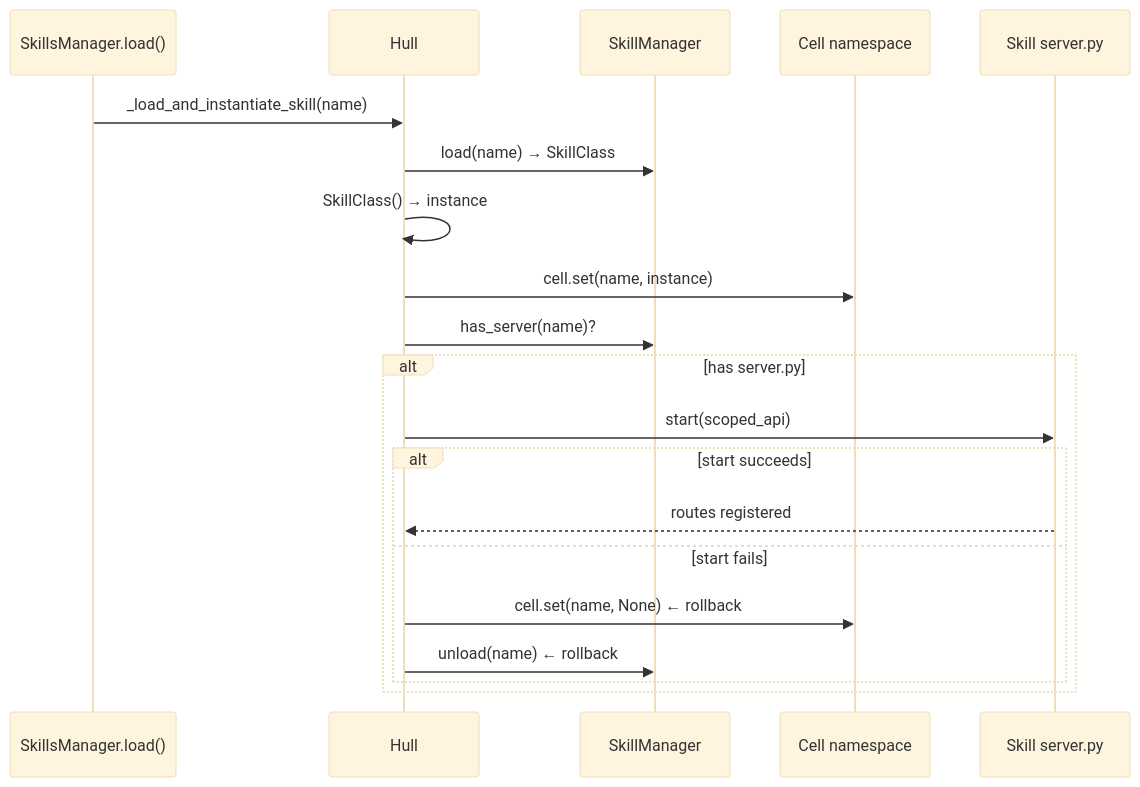
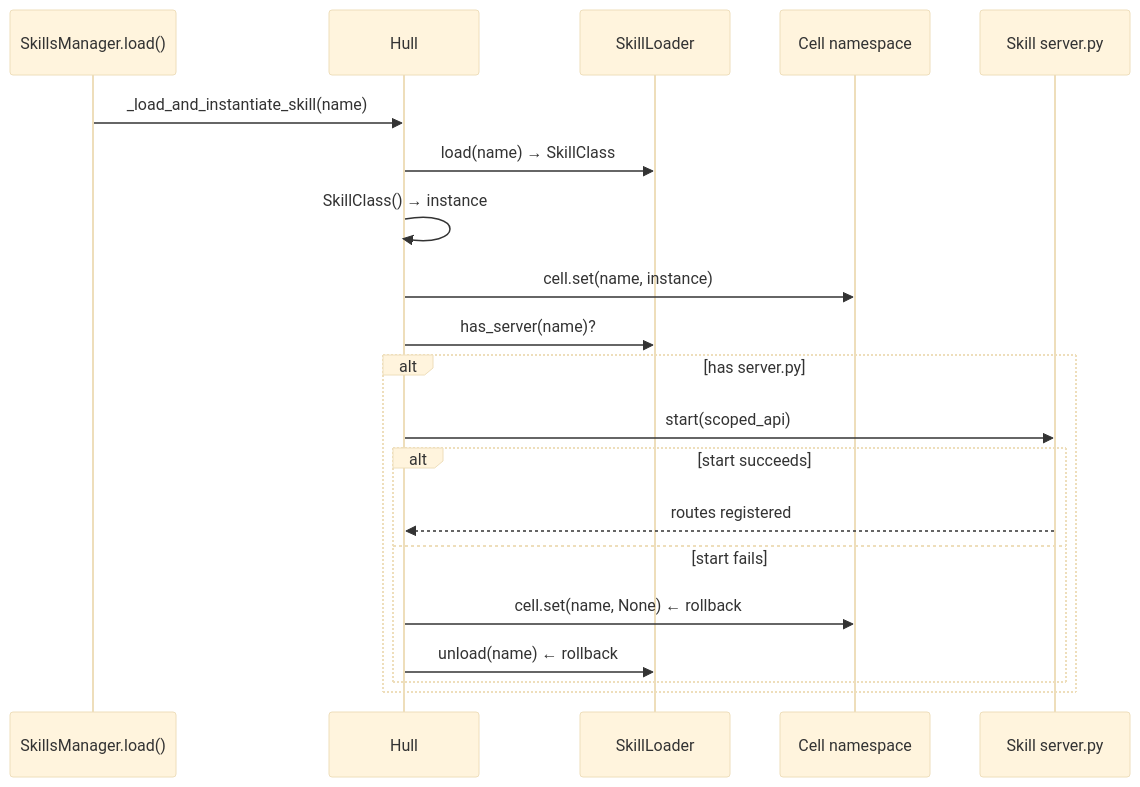
One commit to vessal-ai/vessal changed the second of 3 diagrams in src/vessal/ark/shell/hull/CONTEXT.md. Above: the diagram before and after it, drawn with Mermaid (base theme). The commit also changed other lines of this file and 12 other files, not shown here.

First line of the commit message:
refactor(hull): rename SkillManager to SkillLoader (P2 of layering refactor)

````diff
--- a/src/vessal/ark/shell/hull/CONTEXT.md
+++ b/src/vessal/ark/shell/hull/CONTEXT.md
@@ -52,24 +52,24 @@
 ```mermaid
 sequenceDiagram
     participant Meta as SkillsManager.load()
     participant Hull
-    participant SM as SkillManager
+    participant SM as SkillLoader
     participant NS as Cell namespace
     participant Server as Skill server.py
 
     Meta->>Hull: _load_and_instantiate_skill(name)
     Hull->>SM: load(name) → SkillClass
     Hull->>Hull: SkillClass() → instance
     Hull->>NS: cell.set(name, instance)
 
     Hull->>SM: has_server(name)?
     alt has server.py
         Hull->>Server: start(scoped_api)
         alt start succeeds
             Server-->>Hull: routes registered
         else start fails
             Hull->>NS: cell.set(name, None)  ← rollback
             Hull->>SM: unload(name)          ← rollback
         end
     end
 ```
````
